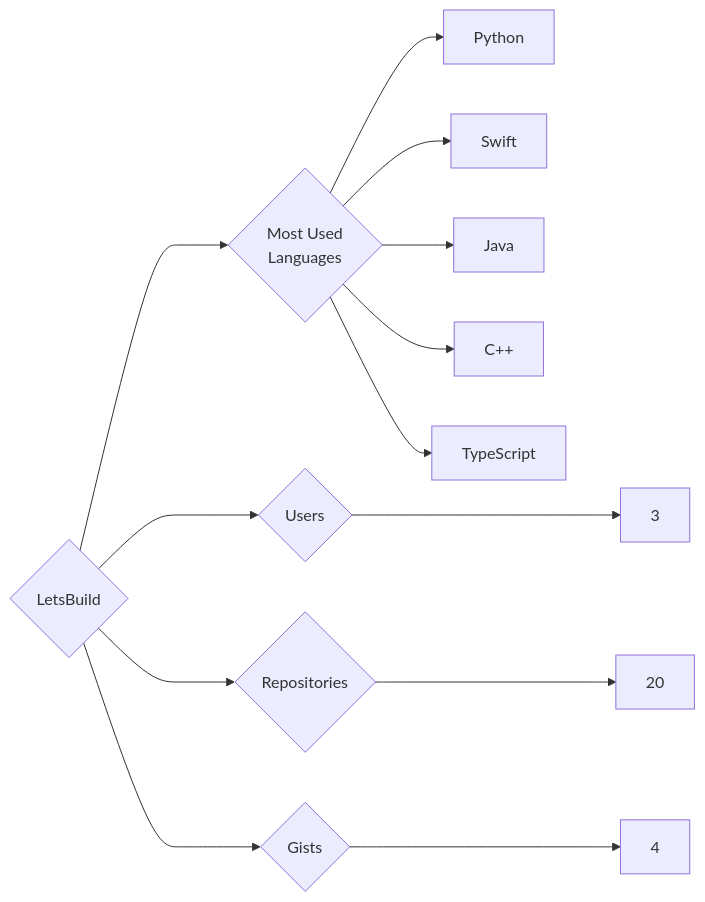
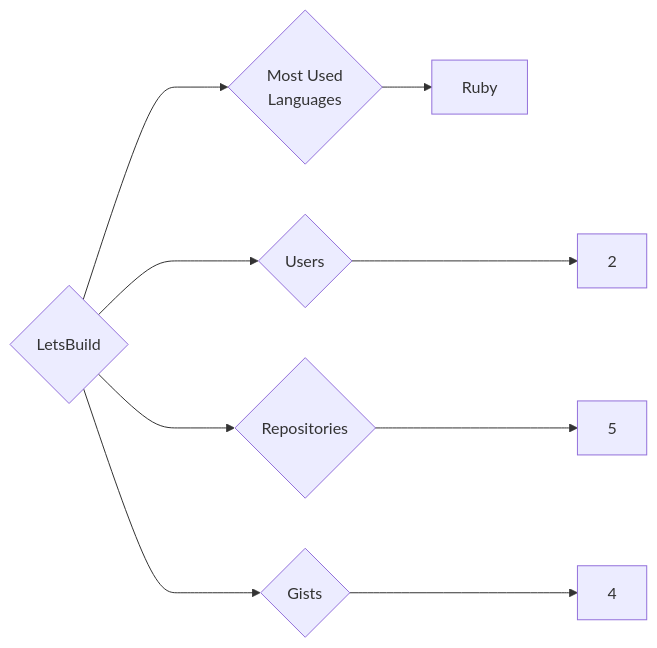
The diagram in targets/LetsBuild/README.md (trickest/insiders), drawn with Mermaid before and after one commit. The commit also changed 714 other files, not shown here.

````diff
--- a/targets/LetsBuild/README.md
+++ b/targets/LetsBuild/README.md
@@ -3,13 +3,9 @@
 ```mermaid
 graph LR
 COMPANY_NAME{LetsBuild}
-COMPANY_NAME ---> U{Users} ---> UN[3]
-COMPANY_NAME ---> R{Repositories} ---> RN[20]
+COMPANY_NAME ---> U{Users} ---> UN[2]
+COMPANY_NAME ---> R{Repositories} ---> RN[5]
 COMPANY_NAME ---> G{Gists} ---> GN[4]
 COMPANY_NAME ---> ML{Most Used<br>Languages}
-ML --> Python[Python]
-ML --> Swift[Swift]
-ML --> Java[Java]
-ML --> C++[C++]
-ML --> TypeScript[TypeScript]
+ML --> Ruby[Ruby]
 ```
````
